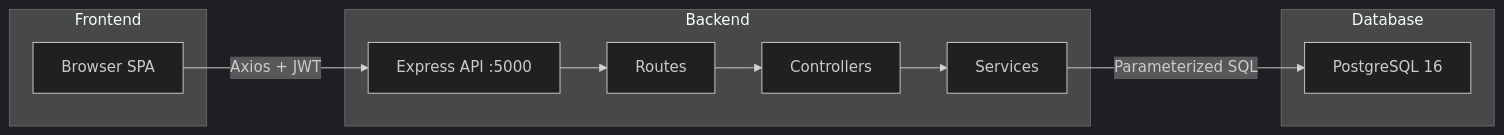
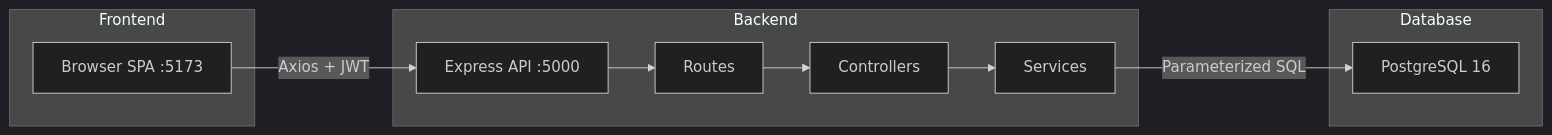
Before and after one commit to cybervarun/office-management-system: the diagram in docs/ARCHITECTURE.md, drawn with Mermaid (dark theme). The commit also changed other lines of this file and 57 other files, not shown here.

````diff
--- a/docs/ARCHITECTURE.md
+++ b/docs/ARCHITECTURE.md
@@ -37,20 +132,20 @@
 ```mermaid
 flowchart LR
     subgraph Frontend
-        A[Browser SPA]
+        A[Browser SPA :5173]
     end
     subgraph Backend
         B[Express API :5000]
         C[Routes]
         D[Controllers]
         E[Services]
     end
     subgraph Database
         F[PostgreSQL 16]
     end
     A -->|Axios + JWT| B
     B --> C
     C --> D
     D --> E
     E -->|Parameterized SQL| F
 ```
````
